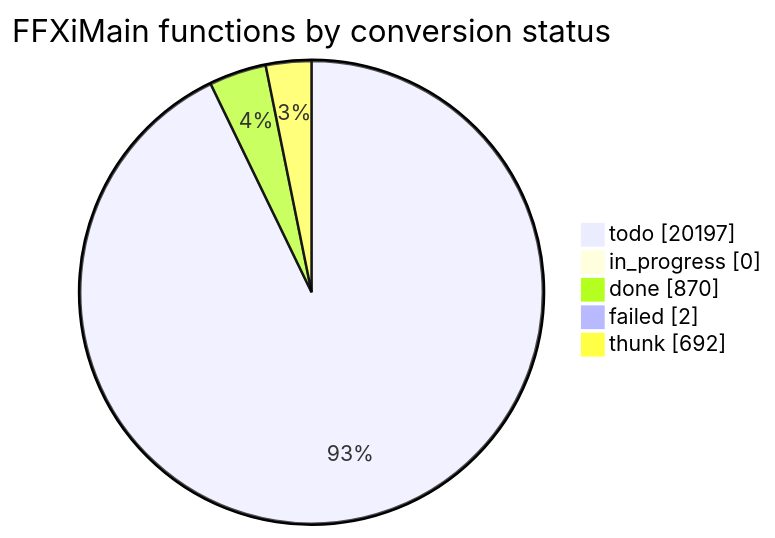
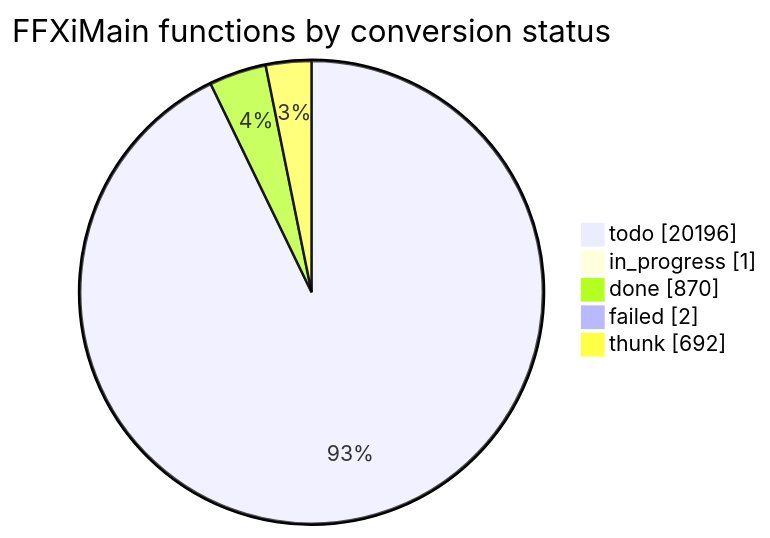
Before and after one commit to cowrevenge/cow_kuluu_xi_anything: the diagram in docs/cow/STATUS.md, drawn with Mermaid. The commit also changed other lines of this file and 7 other files, not shown here.

````diff
--- a/docs/cow/STATUS.md
+++ b/docs/cow/STATUS.md
@@ -18,9 +18,9 @@
 ```mermaid
 pie showData
     title FFXiMain functions by conversion status
-    "todo" : 20197
-    "in_progress" : 0
+    "todo" : 20196
+    "in_progress" : 1
     "done" : 870
     "failed" : 2
     "thunk" : 692
 ```
````
